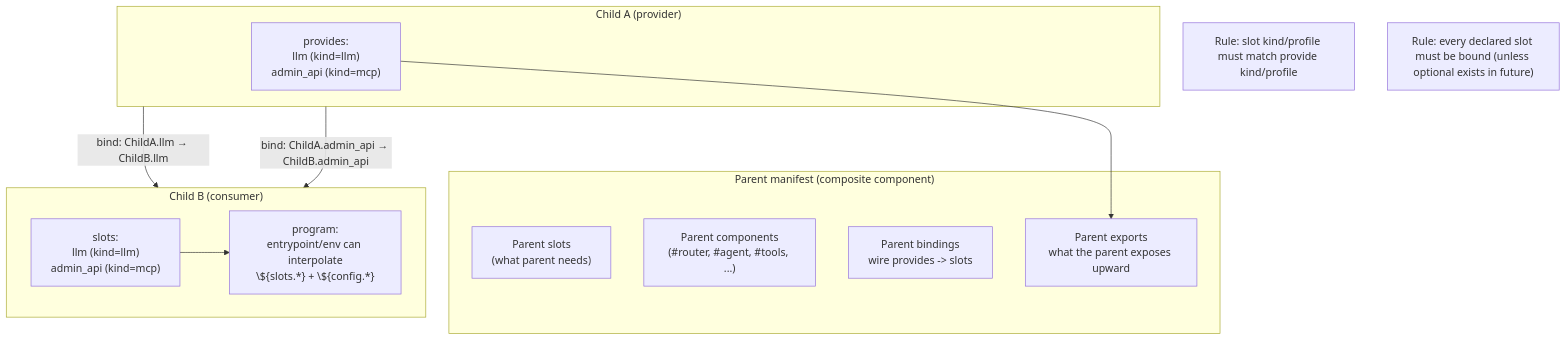
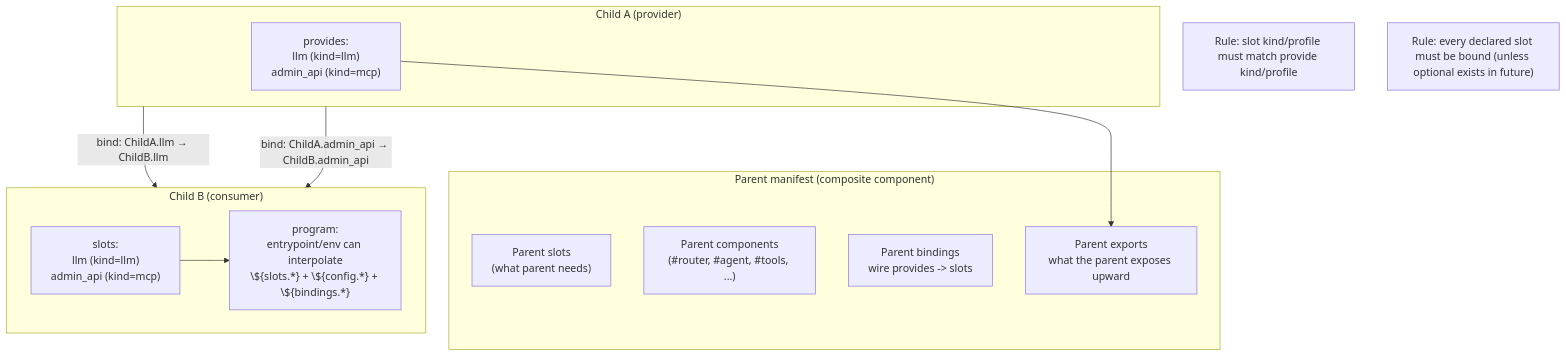
One commit to RDI-Foundation/amber changed the second of 4 diagrams in README.md. Above: the diagram before and after it, drawn with Mermaid. The commit also changed other lines of this file and 10 other files, not shown here.

````diff
--- a/README.md
+++ b/README.md
@@ -38,26 +38,26 @@
 ```mermaid
 flowchart TB
   subgraph Parent["Parent manifest (composite component)"]
     Pslots["Parent slots<br/>(what parent needs)"]
     Pkids["Parent components<br/>(#router, #agent, #tools, ...)"]
     Pbind["Parent bindings<br/>wire provides -> slots"]
     Pexp["Parent exports<br/>what the parent exposes upward"]
   end
 
   subgraph ChildA["Child A (provider)"]
     Aprov["provides:<br/>llm (kind=llm)<br/>admin_api (kind=mcp)"]
   end
 
   subgraph ChildB["Child B (consumer)"]
     Bslot["slots:<br/>llm (kind=llm)<br/>admin_api (kind=mcp)"]
-    Bprog["program:<br/>entrypoint/env can interpolate<br/>\${slots.*} + \${config.*}"]
+    Bprog["program:<br/>entrypoint/env can interpolate<br/>\${slots.*} + \${config.*} + \${bindings.*}"]
   end
 
   ChildA -->|"bind: ChildA.llm → ChildB.llm"| ChildB
   ChildA -->|"bind: ChildA.admin_api → ChildB.admin_api"| ChildB
   Bslot --> Bprog
   Aprov --> Pexp
 
   L1["Rule: slot kind/profile must match provide kind/profile"]
   L2["Rule: every declared slot must be bound (unless optional exists in future)"]
 ```
````
